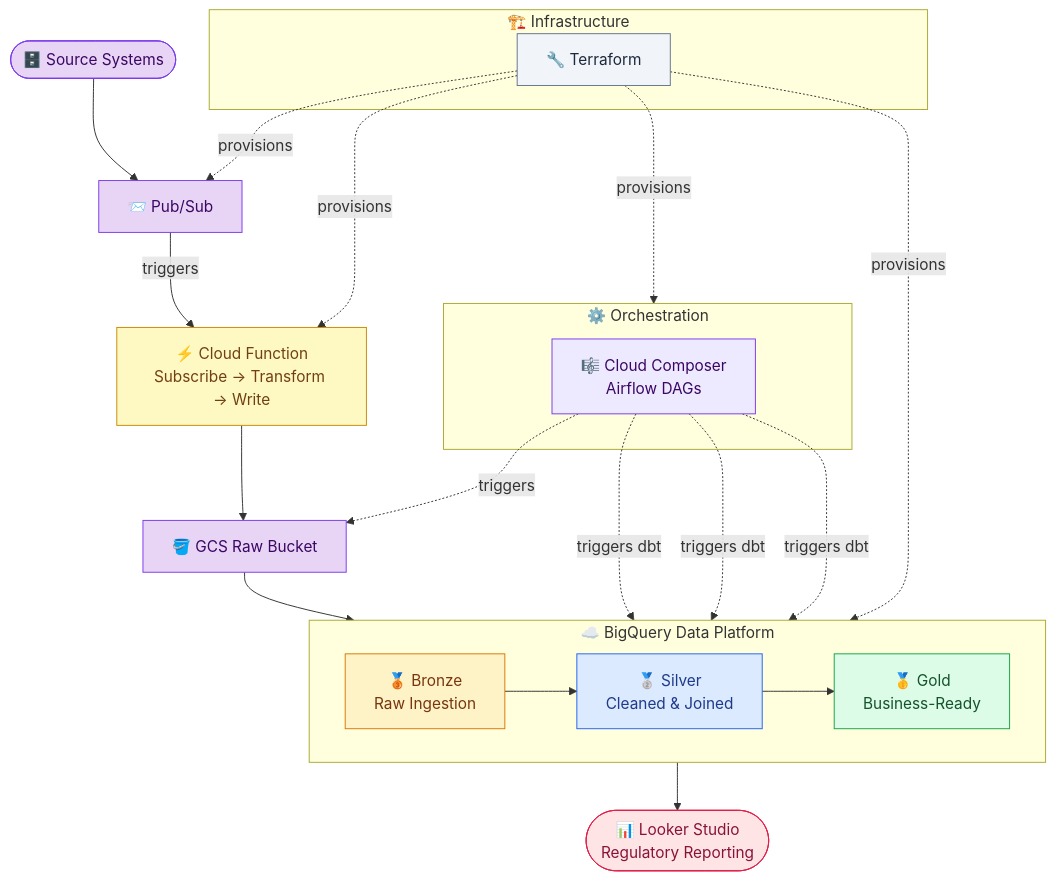
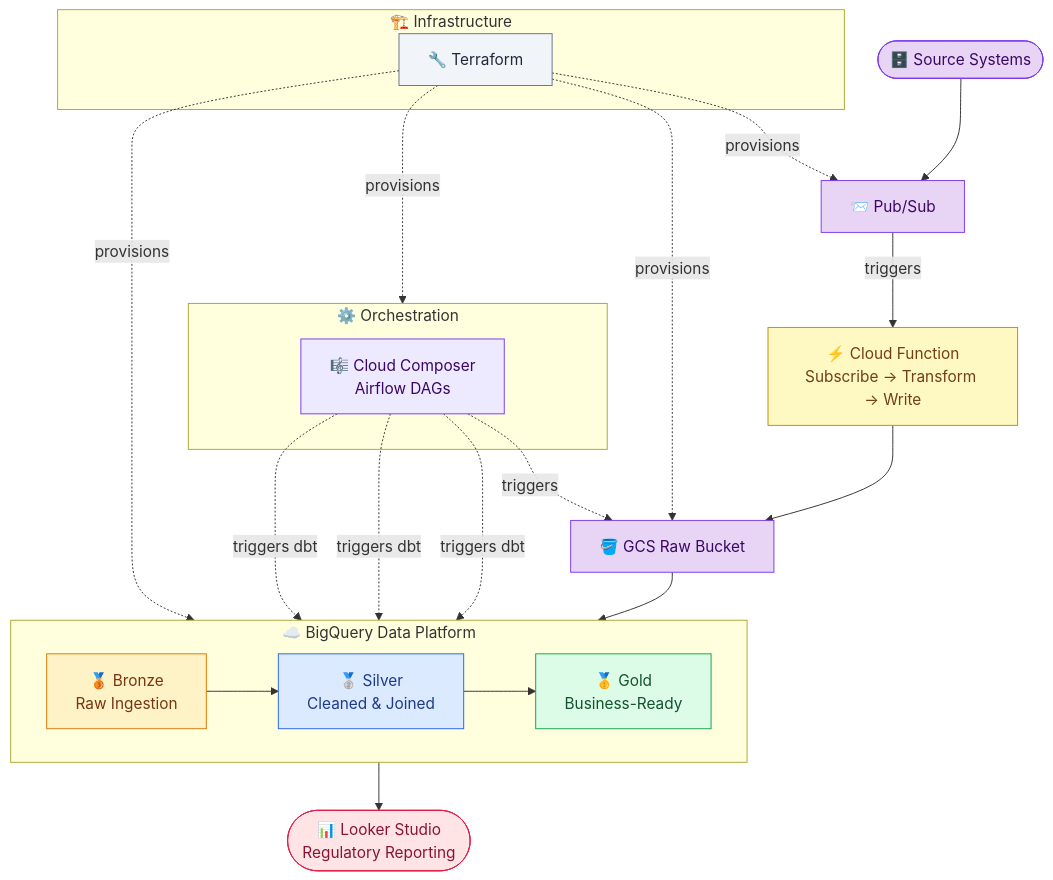
Before and after one commit to gaurabdawn/regulatory_reporting_on_gcp: the first of 2 diagrams in readme.md, drawn with Mermaid.

Commit message:
Update provisions in readme.md diagram

````diff
--- a/readme.md
+++ b/readme.md
@@ -4,57 +4,57 @@
 ```mermaid
 flowchart TB
     %% ── INGESTION ──────────────────────────────────────
     A([🗄️ Source Systems]) --> B[📨 Pub/Sub]
     B -->|triggers| CF[⚡ Cloud Function\nSubscribe → Transform → Write]
     CF --> C[🪣 GCS Raw Bucket]
 
     %% ── BIGQUERY MEDALLION ─────────────────────────────
     subgraph BQ["☁️ BigQuery Data Platform"]
         direction LR
         D1[🥉 Bronze\nRaw Ingestion]
         D2[🥈 Silver\nCleaned & Joined]
         D3[🥇 Gold\nBusiness-Ready]
         D1 --> D2 --> D3
     end
     C --> D1
 
     %% ── SERVING ────────────────────────────────────────
     D3 --> E([📊 Looker Studio\nRegulatory Reporting])
 
     %% ── ORCHESTRATION ──────────────────────────────────
     subgraph ORC["⚙️ Orchestration"]
         F[🎼 Cloud Composer\nAirflow DAGs]
     end
     F -.->|triggers| C
     F -.->|triggers dbt| D1
     F -.->|triggers dbt| D2
     F -.->|triggers dbt| D3
 
     %% ── INFRA ──────────────────────────────────────────
     subgraph IaC["🏗️ Infrastructure"]
         H[🔧 Terraform]
     end
     H -.->|provisions| B
     H -.->|provisions| BQ
     H -.->|provisions| ORC
-    H -.->|provisions| CF
+    H -.->|provisions| C
 
     %% ── STYLING ────────────────────────────────────────
     classDef ingestion  fill:#e8d5f5,stroke:#7c3aed,color:#3b0764
     classDef functions  fill:#fef9c3,stroke:#ca8a04,color:#713f12
     classDef bronze     fill:#fef3c7,stroke:#d97706,color:#78350f
     classDef silver     fill:#dbeafe,stroke:#2563eb,color:#1e3a8a
     classDef gold       fill:#dcfce7,stroke:#16a34a,color:#14532d
     classDef serving    fill:#ffe4e6,stroke:#e11d48,color:#881337
     classDef orch       fill:#ede9fe,stroke:#7c3aed,color:#3b0764
     classDef infra      fill:#f1f5f9,stroke:#64748b,color:#1e293b
 
     class A,B,C ingestion
     class CF functions
     class D1 bronze
     class D2 silver
     class D3 gold
     class E serving
     class F orch
     class H infra
 ```
````
